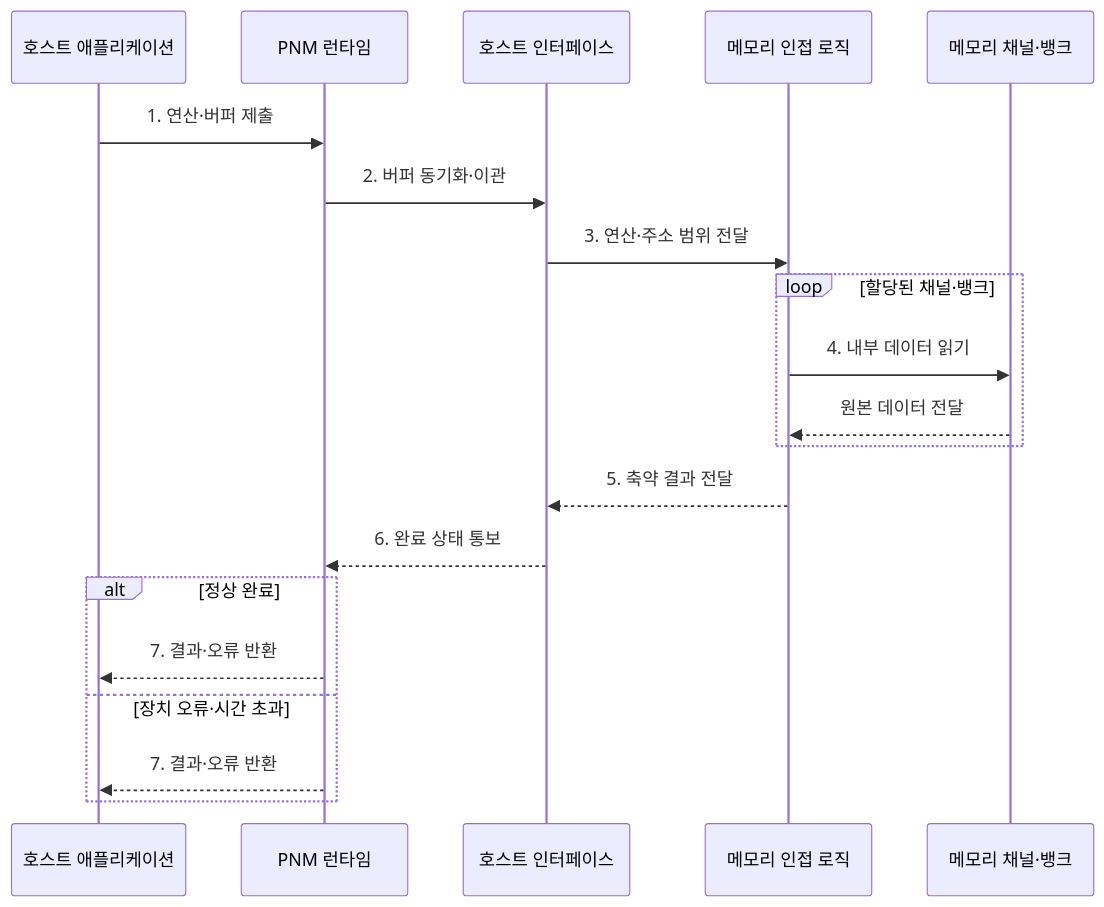
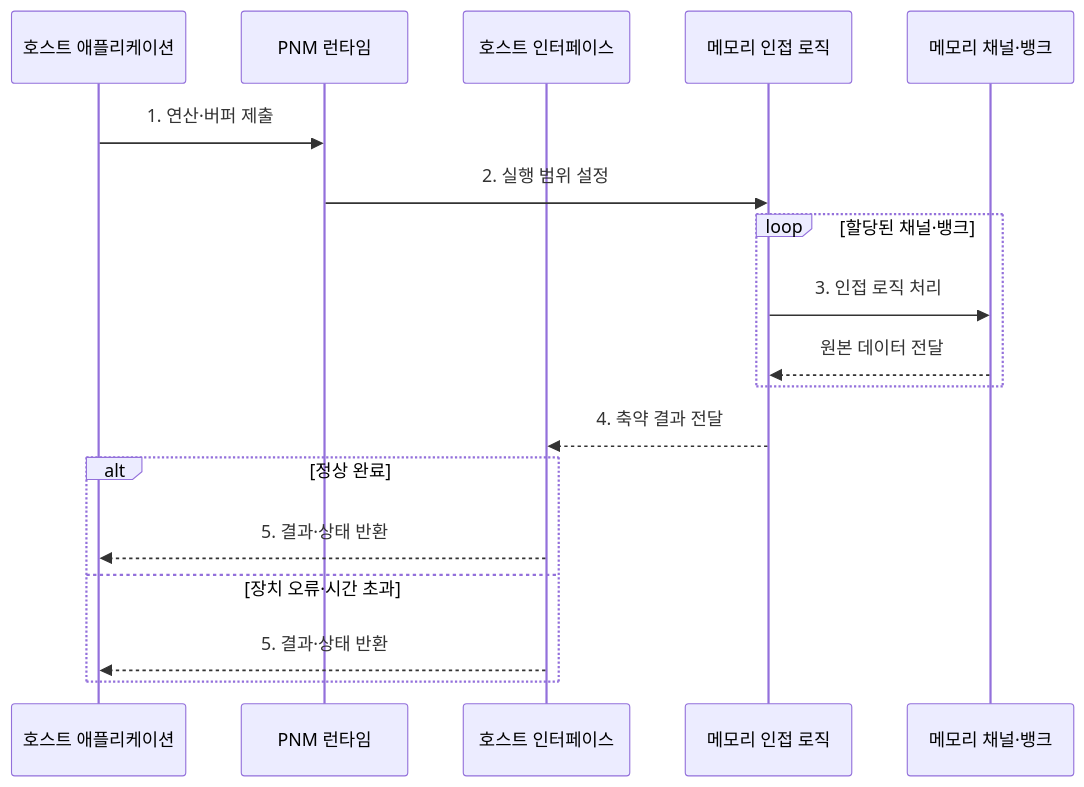
The second of 2 diagrams in src/content/docs/notes/02-hardware/027_pnm.md (agnusdei1207/knowledge-base), drawn with Mermaid before and after one commit. The commit also changed other lines of this file and 86 other files, not shown here.

````diff
--- a/src/content/docs/notes/02-hardware/027_pnm.md
+++ b/src/content/docs/notes/02-hardware/027_pnm.md
@@ -83,23 +83,21 @@
 ```mermaid
 sequenceDiagram
     participant H as 호스트 애플리케이션
     participant R as PNM 런타임
     participant I as 호스트 인터페이스
     participant N as 메모리 인접 로직
     participant M as 메모리 채널·뱅크
 
     H->>R: 1. 연산·버퍼 제출
-    R->>I: 2. 버퍼 동기화·이관
-    I->>N: 3. 연산·주소 범위 전달
+    R->>N: 2. 실행 범위 설정
     loop 할당된 채널·뱅크
-        N->>M: 4. 내부 데이터 읽기
+        N->>M: 3. 인접 로직 처리
         M-->>N: 원본 데이터 전달
     end
-    N-->>I: 5. 축약 결과 전달
-    I-->>R: 6. 완료 상태 통보
+    N-->>I: 4. 축약 결과 전달
     alt 정상 완료
-        R-->>H: 7. 결과·오류 반환
+        I-->>H: 5. 결과·상태 반환
     else 장치 오류·시간 초과
-        R-->>H: 7. 결과·오류 반환
+        I-->>H: 5. 결과·상태 반환
     end
 ```
````
